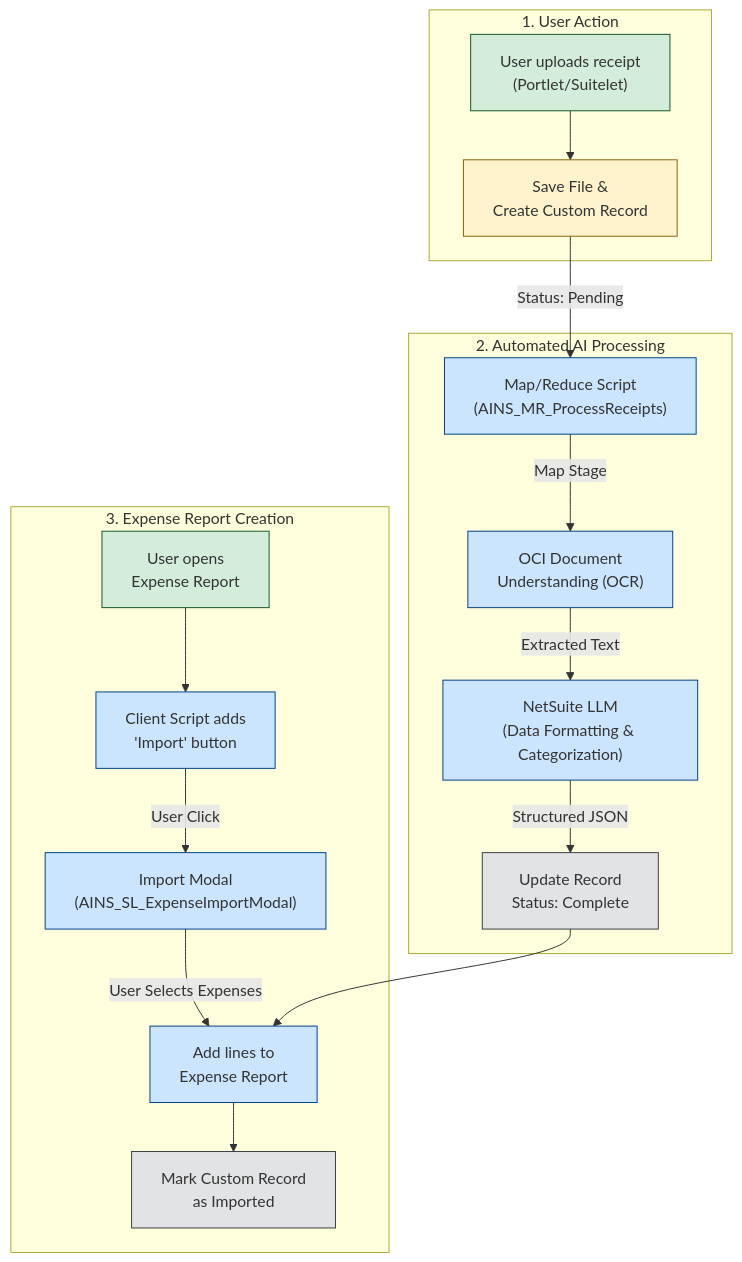
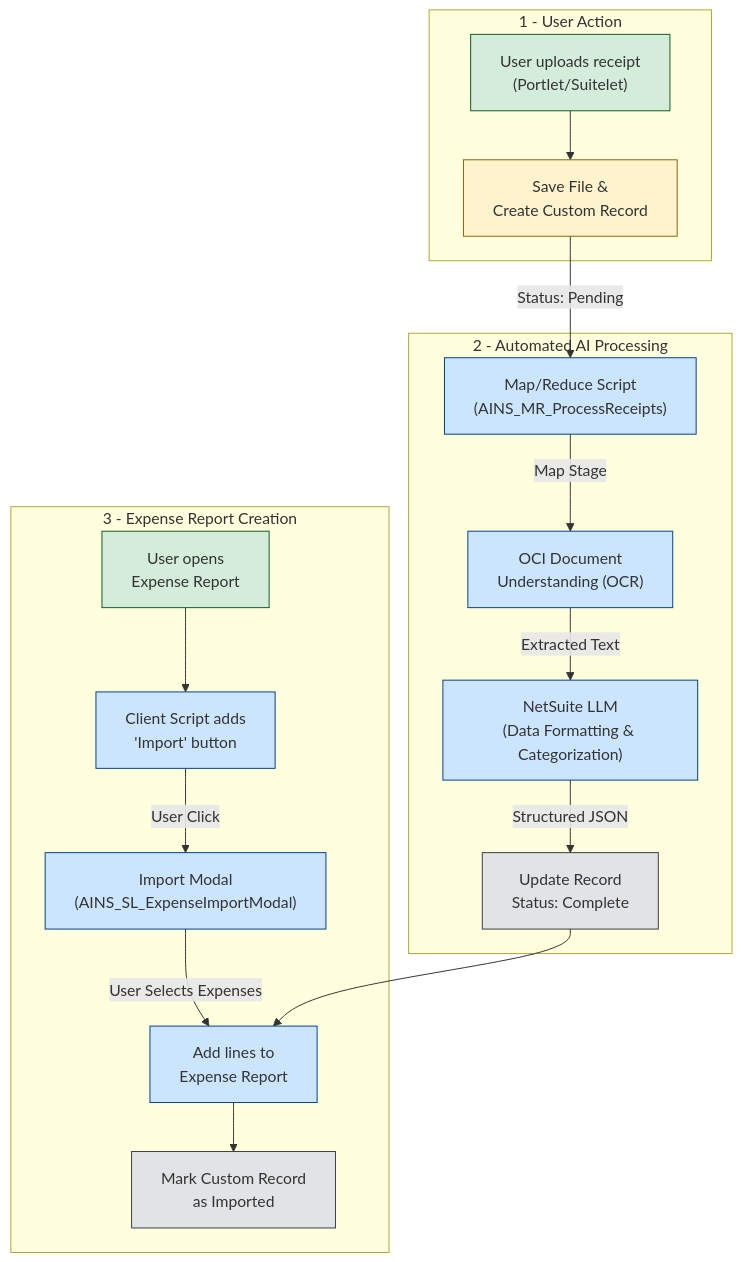
Before and after one commit to gbohus/Expense-Capture: the diagram in README.md, drawn with Mermaid.

Commit message:
Update README.md to standardize subgraph labels in Mermaid diagram for consistency

````diff
--- a/README.md
+++ b/README.md
@@ -20,33 +20,33 @@
 ```mermaid
 graph TD
-    subgraph "1. User Action"
+    subgraph "1 - User Action"
         A["User uploads receipt<br/>(Portlet/Suitelet)"] --> B["Save File &<br/>Create Custom Record"];
     end
 
-    subgraph "2. Automated AI Processing"
+    subgraph "2 - Automated AI Processing"
         B -- "Status: Pending" --> C["Map/Reduce Script<br/>(AINS_MR_ProcessReceipts)"];
         C -- "Map Stage" --> D["OCI Document<br/>Understanding (OCR)"];
         D -- "Extracted Text" --> E["NetSuite LLM<br/>(Data Formatting & Categorization)"];
         E -- "Structured JSON" --> F["Update Record<br/>Status: Complete"];
     end
 
-    subgraph "3. Expense Report Creation"
+    subgraph "3 - Expense Report Creation"
         G["User opens<br/>Expense Report"] --> H["Client Script adds<br/>'Import' button"];
         H -- "User Click" --> I["Import Modal<br/>(AINS_SL_ExpenseImportModal)"];
         I -- "User Selects Expenses" --> J["Add lines to<br/>Expense Report"];
         F --> J;
         J --> K["Mark Custom Record<br/>as Imported"];
     end
 
     style A fill:#d4edda,stroke:#155724
     style G fill:#d4edda,stroke:#155724
     style B fill:#fff3cd,stroke:#856404
     style C fill:#cce5ff,stroke:#004085
     style D fill:#cce5ff,stroke:#004085
     style E fill:#cce5ff,stroke:#004085
     style F fill:#e2e3e5,stroke:#383d41
     style H fill:#cce5ff,stroke:#004085
     style I fill:#cce5ff,stroke:#004085
     style J fill:#cce5ff,stroke:#004085
     style K fill:#e2e3e5,stroke:#383d41
 ```
````
